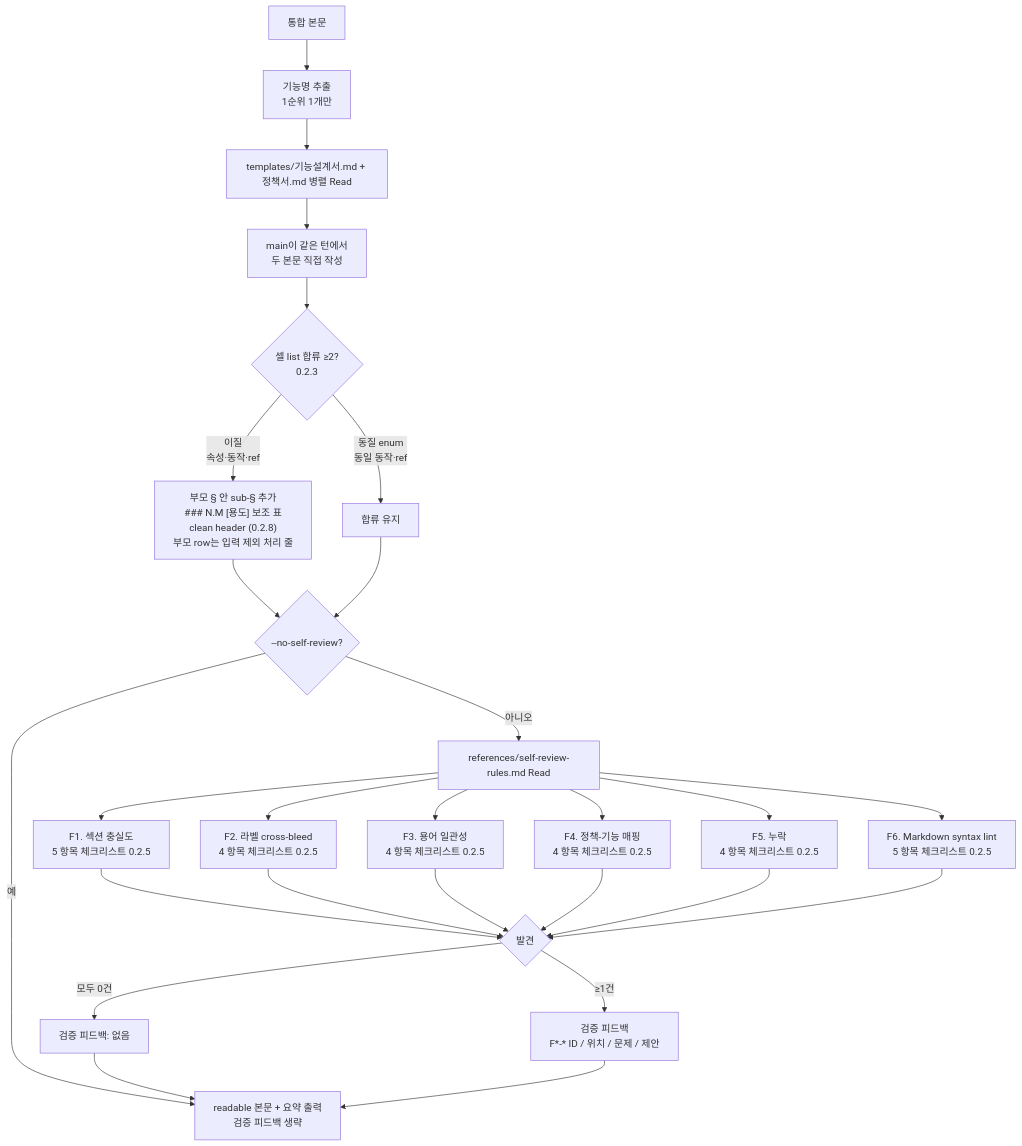
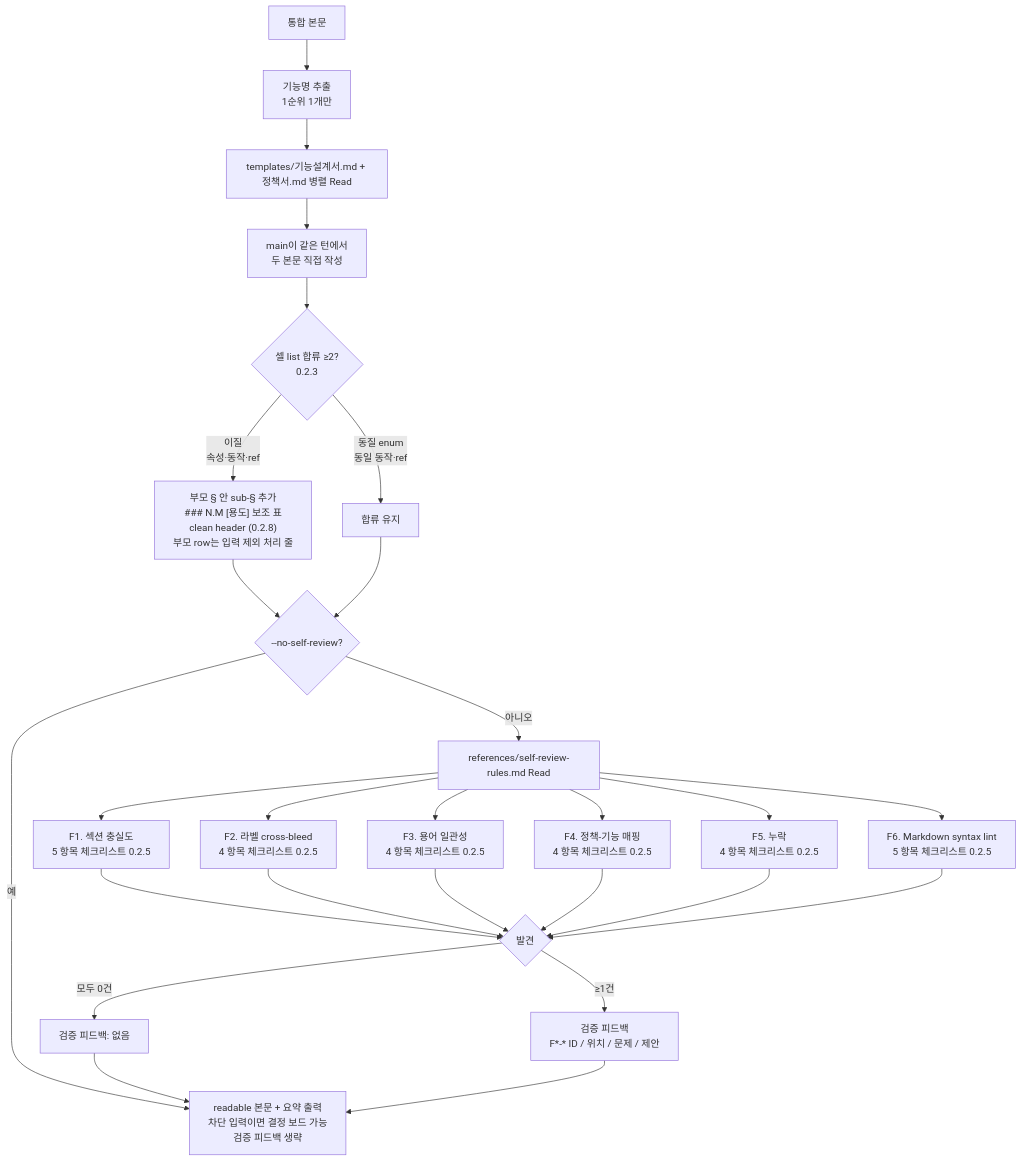
The seventh of 11 diagrams in planning-kit/docs/planning-format-workflow.md (inkwonjung-colosseum/plugins), drawn with Mermaid before and after one commit. The commit also changed other lines of this file and 33 other files, not shown here.

````diff
--- a/planning-kit/docs/planning-format-workflow.md
+++ b/planning-kit/docs/planning-format-workflow.md
@@ -165,32 +166,32 @@
 ```mermaid
 flowchart TD
   CB[통합 본문] --> NA[기능명 추출<br/>1순위 1개만]
   NA --> RD[templates/기능설계서.md + 정책서.md 병렬 Read]
   RD --> WR[main이 같은 턴에서<br/>두 본문 직접 작성]
   WR --> LD{셀 list 합류 ≥2?<br/>0.2.3}
   LD -->|이질<br/>속성·동작·ref| AUX["부모 § 안 sub-§ 추가<br/>### N.M [용도] 보조 표<br/>clean header (0.2.8)<br/>부모 row는 입력 제외 처리 줄"]
   LD -->|동질 enum<br/>동일 동작·ref| KEEP[합류 유지]
   AUX --> NSR{--no-self-review?}
   KEEP --> NSR
-  NSR -->|예| OUT["readable 본문 + 요약 출력<br/>검증 피드백 생략"]
+  NSR -->|예| OUT["readable 본문 + 요약 출력<br/>차단 입력이면 결정 보드 가능<br/>검증 피드백 생략"]
   NSR -->|아니오| SR[references/self-review-rules.md Read]
 
   SR --> F1[F1. 섹션 충실도<br/>5 항목 체크리스트 0.2.5]
   SR --> F2[F2. 라벨 cross-bleed<br/>4 항목 체크리스트 0.2.5]
   SR --> F3[F3. 용어 일관성<br/>4 항목 체크리스트 0.2.5]
   SR --> F4[F4. 정책-기능 매핑<br/>4 항목 체크리스트 0.2.5]
   SR --> F5[F5. 누락<br/>4 항목 체크리스트 0.2.5]
   SR --> F6[F6. Markdown syntax lint<br/>5 항목 체크리스트 0.2.5]
 
   F1 --> RES{발견}
   F2 --> RES
   F3 --> RES
   F4 --> RES
   F5 --> RES
   F6 --> RES
   RES -->|모두 0건| PASS["검증 피드백: 없음"]
   RES -->|≥1건| FOUND["검증 피드백<br/>F*-* ID / 위치 / 문제 / 제안"]
 
   PASS --> OUT
   FOUND --> OUT
 ```
````
